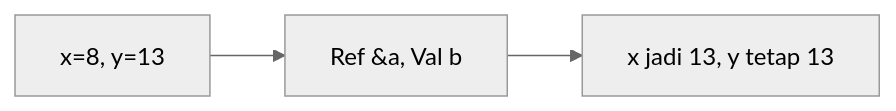
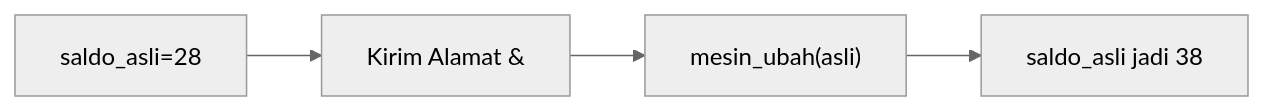
One commit to amnahwaida/OSNK_INF_PREP changed the fifth of 25 diagrams in part-c-pemahaman-cpp/04-fungsi/latihan/set-06.md. Above: the diagram before and after it, drawn with Mermaid (neutral theme). The commit also changed other lines of this file and 71 other files, not shown here.

````diff
--- a/part-c-pemahaman-cpp/04-fungsi/latihan/set-06.md
+++ b/part-c-pemahaman-cpp/04-fungsi/latihan/set-06.md
@@ -129,5 +133,6 @@
 ```mermaid
 graph LR
-A["x=8, y=13"] --> B["Ref &a, Val b"]
-B --> C["x jadi 13, y tetap 13"]
+A["saldo_asli=28"] --> B["Kirim Alamat &"]
+B --> C["mesin_ubah(asli)"]
+C --> D["saldo_asli jadi 38"]
 ```
````
